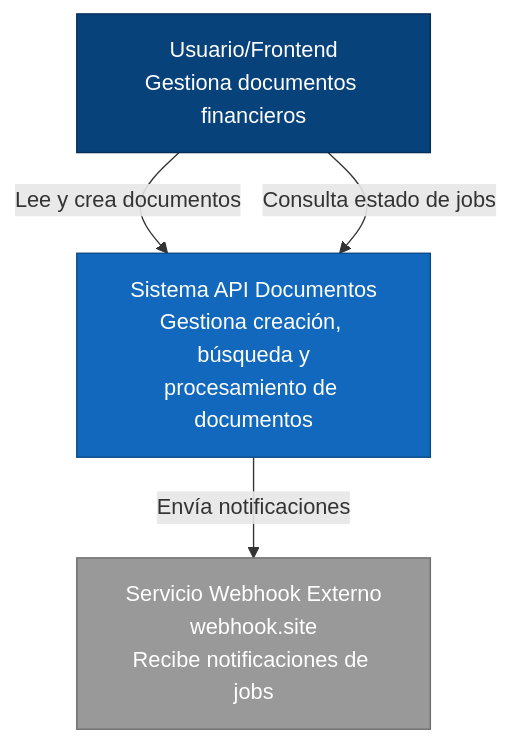
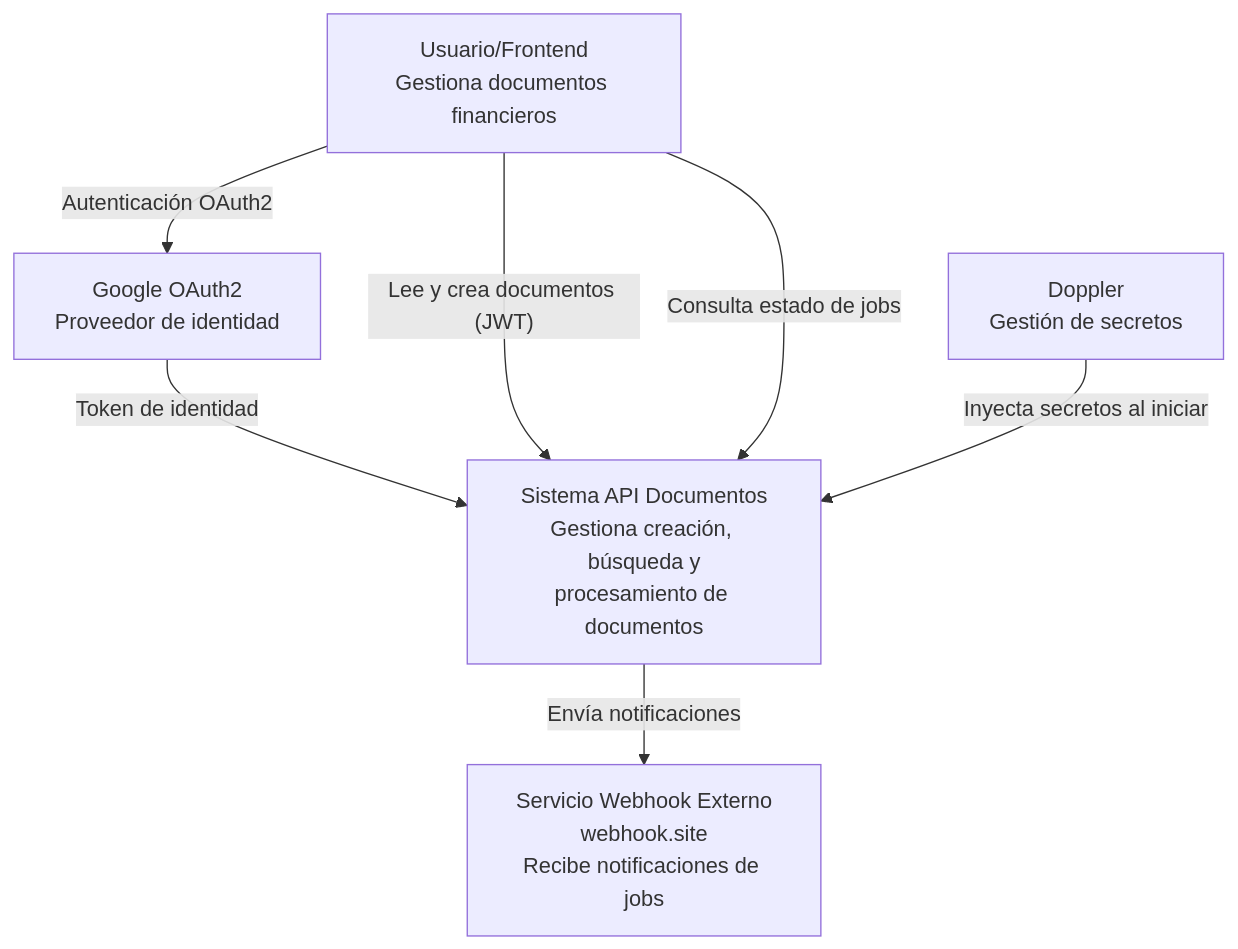
The first of 16 diagrams in docs/project_design.md (abyssorcdev/duppla), drawn with Mermaid before and after one commit. The commit also changed other lines of this file, not shown here.

````diff
--- a/docs/project_design.md
+++ b/docs/project_design.md
@@ -23,16 +23,19 @@
 ```mermaid
 graph TB
-    User[Usuario/Frontend<br/>Gestiona documentos financieros]
+    User["Usuario/Frontend<br/>Gestiona documentos financieros"]
 
-    System[Sistema API Documentos<br/>Gestiona creación, búsqueda y<br/>procesamiento de documentos]
+    System["Sistema API Documentos<br/>Gestiona creación, búsqueda y<br/>procesamiento de documentos"]
 
-    WebhookService[Servicio Webhook Externo<br/>webhook.site<br/>Recibe notificaciones de jobs]
+    GoogleOAuth["Google OAuth2<br/>Proveedor de identidad"]
 
-    User -->|Lee y crea documentos| System
-    User -->|Consulta estado de jobs| System
-    System -->|Envía notificaciones| WebhookService
+    WebhookService["Servicio Webhook Externo<br/>webhook.site<br/>Recibe notificaciones de jobs"]
 
-    style System fill:#1168bd,stroke:#0b4884,color:#ffffff
-    style User fill:#08427b,stroke:#052e56,color:#ffffff
-    style WebhookService fill:#999999,stroke:#6b6b6b,color:#ffffff
+    DopplerSecrets["Doppler<br/>Gestión de secretos"]
+
+    User -->|"Autenticación OAuth2"| GoogleOAuth
+    GoogleOAuth -->|"Token de identidad"| System
+    User -->|"Lee y crea documentos (JWT)"| System
+    User -->|"Consulta estado de jobs"| System
+    System -->|"Envía notificaciones"| WebhookService
+    DopplerSecrets -->|"Inyecta secretos al iniciar"| System
 ```
````
